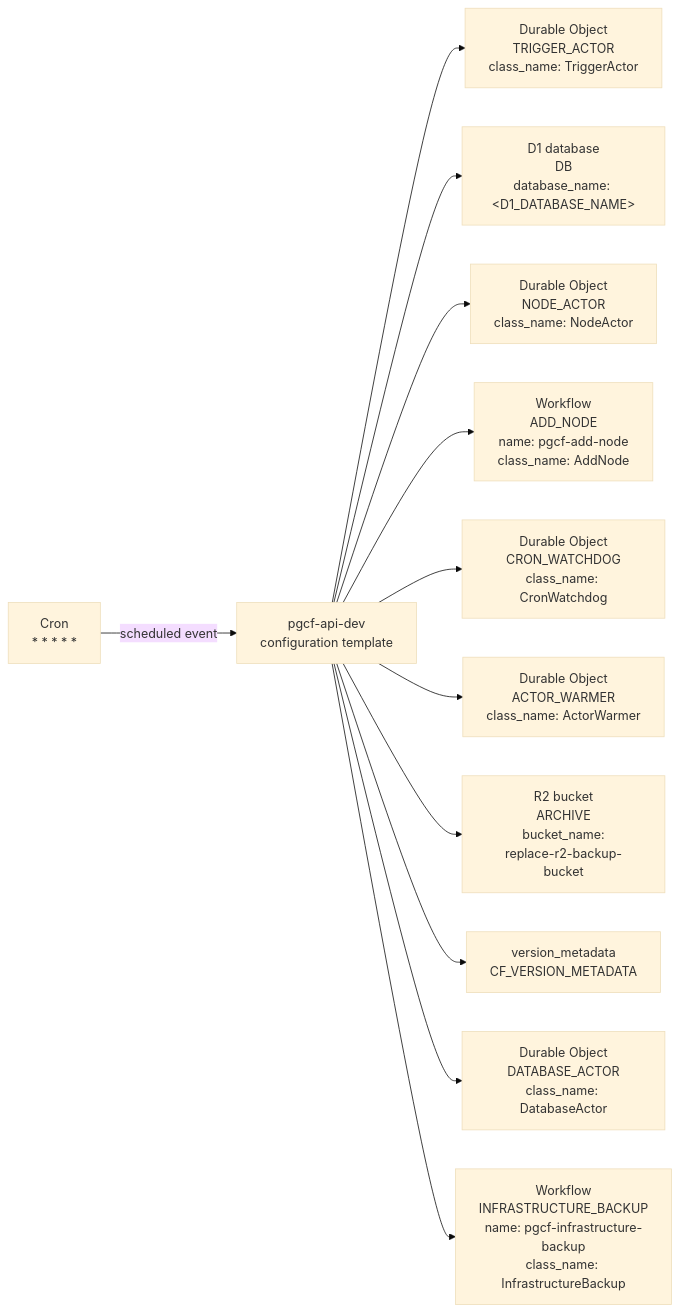
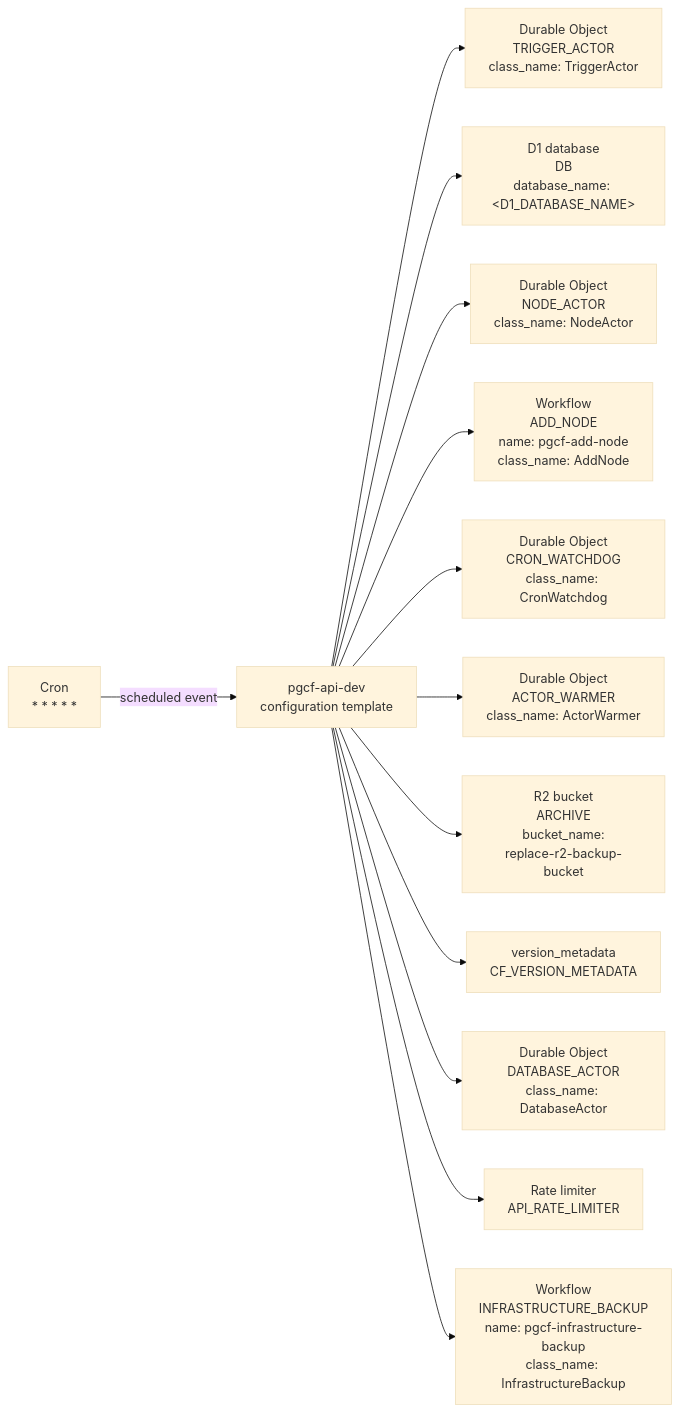
Before and after one commit to amerged-org/cloudflare-postgres: the diagram in docs/architecture/mermaider/api-resources.md, drawn with Mermaid (base theme). The commit also changed other lines of this file and 7 other files, not shown here.

Commit message:
docs: refresh the generated architecture diagrams

````diff
--- a/docs/architecture/mermaider/api-resources.md
+++ b/docs/architecture/mermaider/api-resources.md
@@ -9,26 +9,28 @@
 ```mermaid
 flowchart LR
     n_1d7911e4e1b9["Durable Object<br/>ACTOR_WARMER<br/>class_name: ActorWarmer"]
     n_839713e89618["Cron<br/>* * * * *"]
     n_f305dbc12c79["D1 database<br/>DB<br/>database_name: #60;D1_DATABASE_NAME#62;"]
     n_049ba2d64372["Workflow<br/>ADD_NODE<br/>name: pgcf-add-node<br/>class_name: AddNode"]
     n_36ffcdc5f79f["Workflow<br/>INFRASTRUCTURE_BACKUP<br/>name: pgcf-infrastructure-backup<br/>class_name: InfrastructureBackup"]
     n_85c654928d8c["version_metadata<br/>CF_VERSION_METADATA"]
     n_71083a5197e9["R2 bucket<br/>ARCHIVE<br/>bucket_name:<br/>replace-r2-backup-bucket"]
     n_fb34ec2acd36["Durable Object<br/>TRIGGER_ACTOR<br/>class_name: TriggerActor"]
     n_056b63fe76be["Durable Object<br/>DATABASE_ACTOR<br/>class_name: DatabaseActor"]
     n_d0efe52f1f47["Durable Object<br/>CRON_WATCHDOG<br/>class_name: CronWatchdog"]
     n_7a30182df25a["pgcf-api-dev<br/>configuration template"]
     n_260ca5b8b289["Durable Object<br/>NODE_ACTOR<br/>class_name: NodeActor"]
+    n_fd499fc8add7["Rate limiter<br/>API_RATE_LIMITER"]
     n_7a30182df25a --> n_fb34ec2acd36
     n_7a30182df25a --> n_f305dbc12c79
     n_7a30182df25a --> n_260ca5b8b289
     n_839713e89618 -->|"scheduled event"| n_7a30182df25a
     n_7a30182df25a --> n_049ba2d64372
     n_7a30182df25a --> n_d0efe52f1f47
     n_7a30182df25a --> n_1d7911e4e1b9
     n_7a30182df25a --> n_71083a5197e9
     n_7a30182df25a --> n_85c654928d8c
     n_7a30182df25a --> n_056b63fe76be
+    n_7a30182df25a --> n_fd499fc8add7
     n_7a30182df25a --> n_36ffcdc5f79f
 ```
````
